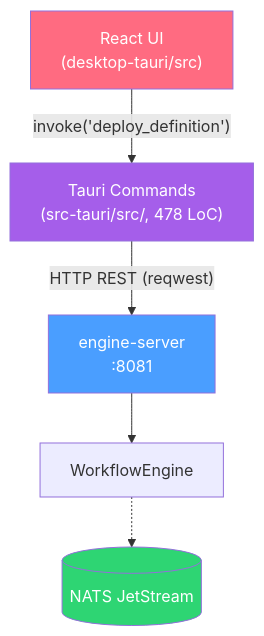
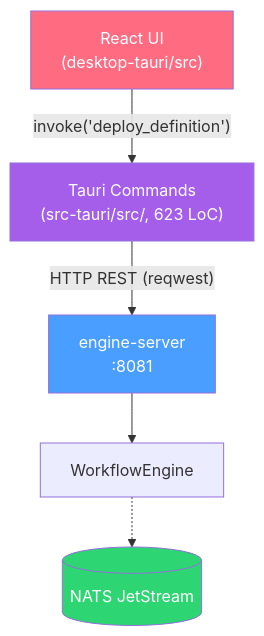
One commit to maatini/mini-bpm-engine changed the eighth of 8 diagrams in docs/architecture.md. Above: the diagram before and after it, drawn with Mermaid. The commit also changed other lines of this file and 1 other file, not shown here.

````diff
--- a/docs/architecture.md
+++ b/docs/architecture.md
@@ -547,13 +570,13 @@
 ```mermaid
 graph TD
     UI["React UI<br/>(desktop-tauri/src)"]
-    UI -->|"invoke('deploy_definition')"| TC["Tauri Commands<br/>(src-tauri/src/, 478 LoC)"]
+    UI -->|"invoke('deploy_definition')"| TC["Tauri Commands<br/>(src-tauri/src/, 623 LoC)"]
     TC -->|"HTTP REST (reqwest)"| SERVER["engine-server<br/>:8081"]
     SERVER --> ENGINE["WorkflowEngine"]
     ENGINE -.-> NATS[("NATS JetStream")]
     
     style UI fill:#ff6b81,color:#fff
     style TC fill:#a55eea,color:#fff
     style SERVER fill:#4a9eff,color:#fff
     style NATS fill:#2ed573,color:#fff
 ```
````
